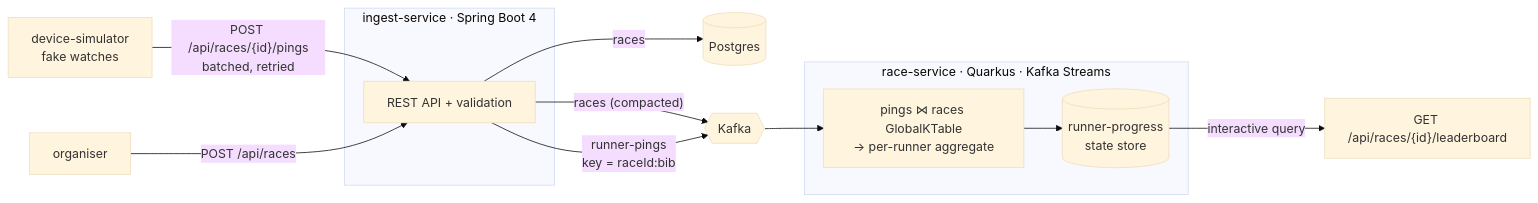
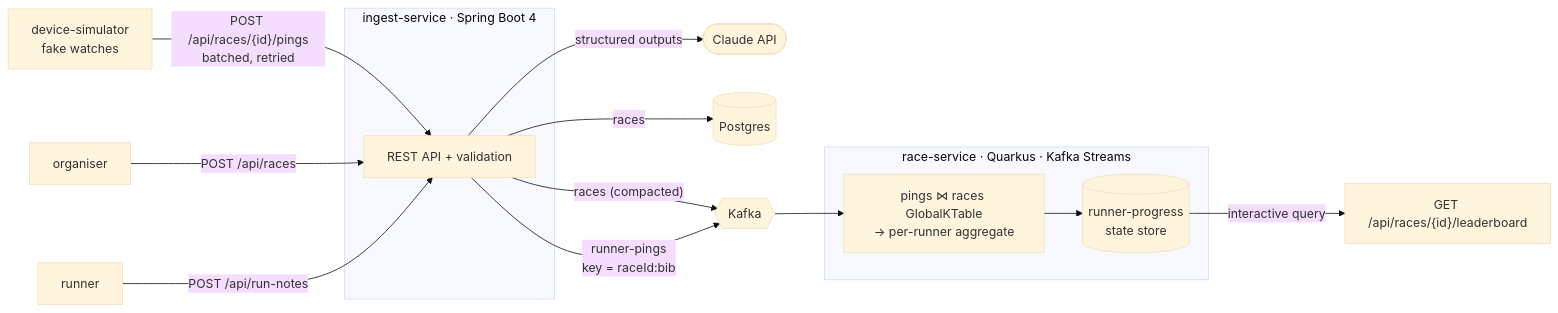
Before and after one commit to IlanAgenbacht1/Splitstream: the diagram in README.md, drawn with Mermaid (base theme). The commit also changed other lines of this file and 1 other file, not shown here.

Commit message:
Document run notes: ADR 5 and README

````diff
--- a/README.md
+++ b/README.md
@@ -11,22 +11,24 @@
 ```mermaid
 flowchart LR
     W[device-simulator<br/>fake watches] -- "POST /api/races/{id}/pings<br/>batched, retried" --> I
     O[organiser] -- "POST /api/races" --> I
+    R[runner] -- "POST /api/run-notes" --> I
+    I -- "structured outputs" --> C([Claude API])
 
     subgraph ingest-service [ingest-service · Spring Boot 4]
         I[REST API + validation]
     end
 
     I -- races --> PG[(Postgres)]
     I -- "races (compacted)" --> K{{Kafka}}
     I -- "runner-pings<br/>key = raceId:bib" --> K
 
     subgraph race-service [race-service · Quarkus · Kafka Streams]
         T[pings ⋈ races GlobalKTable<br/>→ per-runner aggregate]
         S[(runner-progress<br/>state store)]
         T --> S
     end
 
     K --> T
     S -- interactive query --> L["GET /api/races/{id}/leaderboard"]
 ```
````
